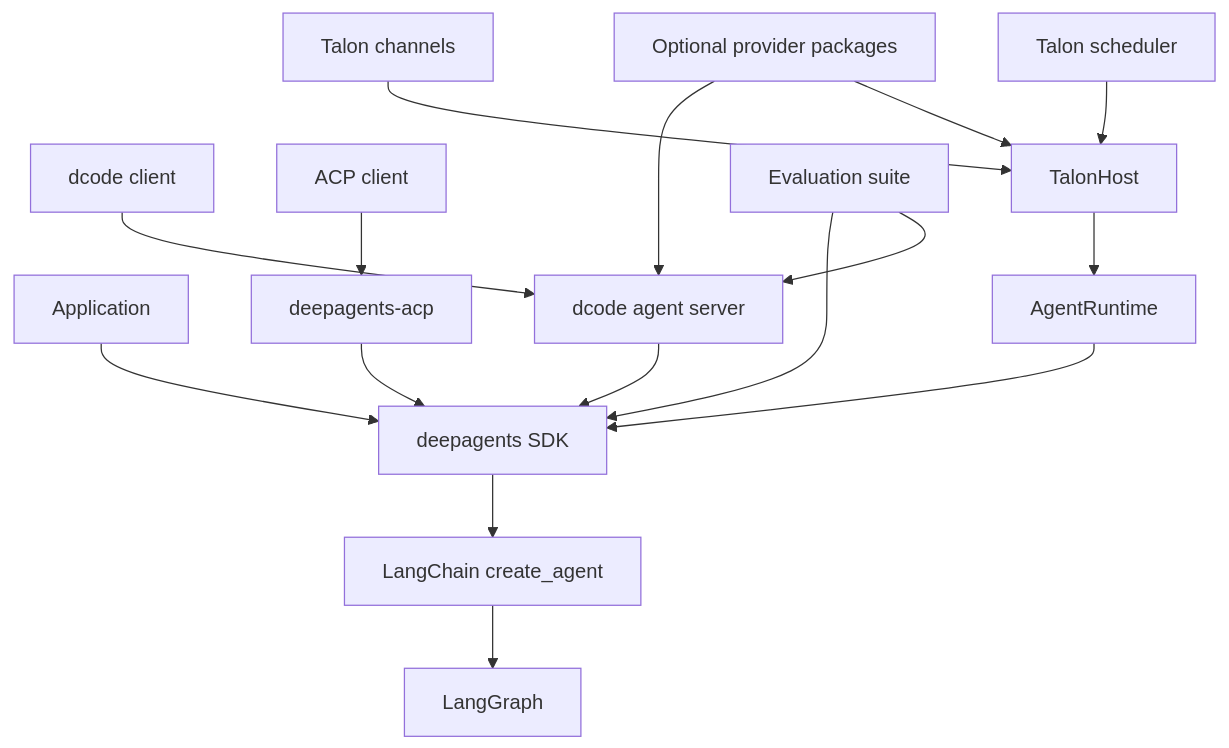
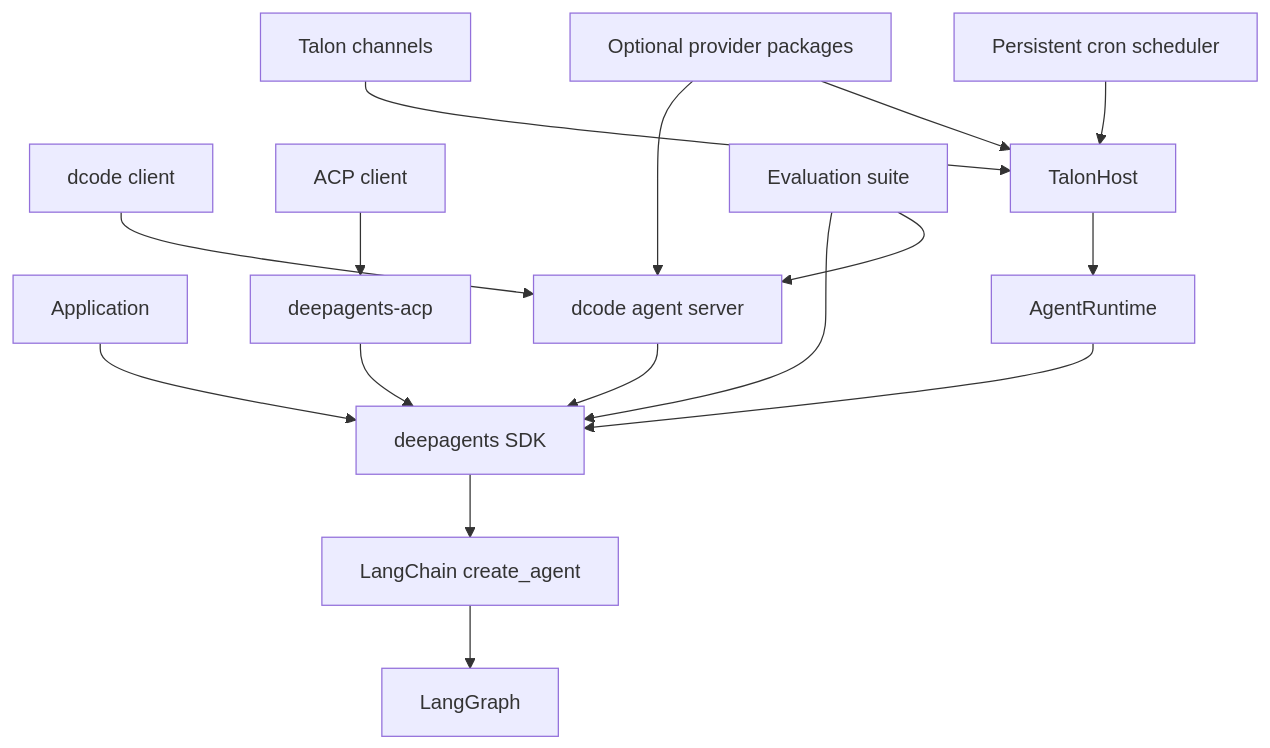
One commit to langchain-ai/deepagents changed the first of 2 diagrams in openwiki/architecture/overview.md. Above: the diagram before and after it, drawn with Mermaid. The commit also changed other lines of this file and 32 other files, not shown here.

````diff
--- a/openwiki/architecture/overview.md
+++ b/openwiki/architecture/overview.md
@@ -72,18 +77,18 @@
 ```mermaid
 flowchart TD
   App["Application"] --> SDK["deepagents SDK"]
   Client["dcode client"] --> CodeServer["dcode agent server"]
   CodeServer --> SDK
   Editor["ACP client"] --> ACP["deepagents-acp"]
   ACP --> SDK
   Channels["Talon channels"] --> Host["TalonHost"]
-  Scheduler["Talon scheduler"] --> Host
+  Scheduler["Persistent cron scheduler"] --> Host
   Host --> Runtime["AgentRuntime"]
   Runtime --> SDK
   Evals["Evaluation suite"] --> SDK
   Evals --> CodeServer
   Partners["Optional provider packages"] --> CodeServer
   Partners --> Host
   SDK --> LangChain["LangChain create_agent"]
   LangChain --> LangGraph["LangGraph"]
 ```
````
